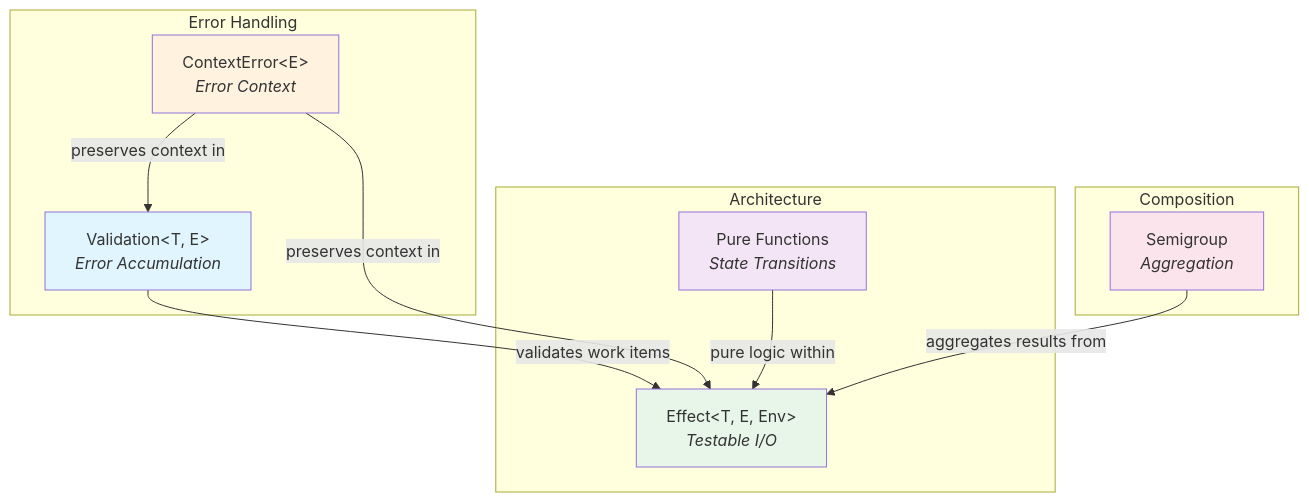
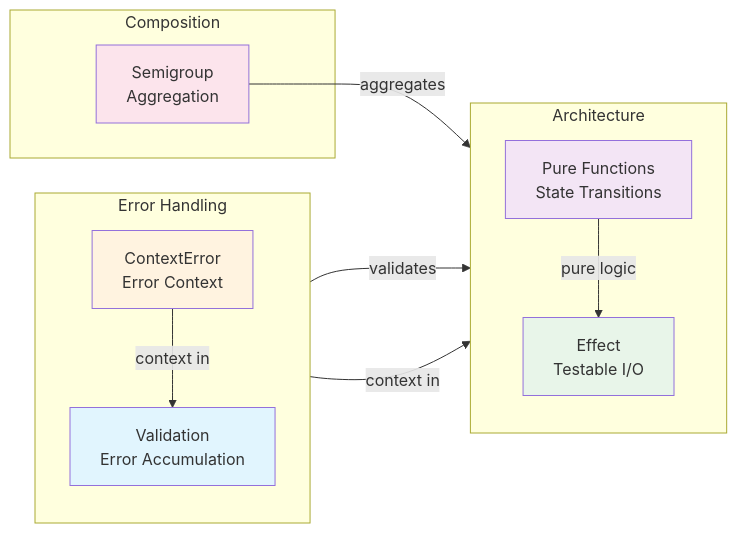
The diagram in docs/stillwater-patterns/index.md (iepathos/prodigy), drawn with Mermaid before and after one commit. The commit also changed other lines of this file, not shown here.

Commit message:
docs: enhance Stillwater Pattern Mapping index with visual improvements
- Fixed Mermaid diagram: replaced HTML entities with proper multi-line syntax
- Changed diagram layout from vertical (TB) to horizontal (LR) for better readability
- Added code annotations (1-9) to file structure explaining each file's purpose
- Annotations describe: Validation, Effect, worktree/commands/merge effects, mocks, ContextError, ResultExt, and Semigroup

Page: docs/stillwater-patterns/index.md

````diff
--- a/docs/stillwater-patterns/index.md
+++ b/docs/stillwater-patterns/index.md
@@ -18,28 +18,35 @@
 ```mermaid
-flowchart TB
-    subgraph "Error Handling"
-        V["Validation&lt;T, E&gt;<br/><em>Error Accumulation</em>"]
-        C["ContextError&lt;E&gt;<br/><em>Error Context</em>"]
+flowchart LR
+    subgraph Errors["Error Handling"]
+        direction TB
+        V["Validation
+        Error Accumulation"]
+        C["ContextError
+        Error Context"]
     end
 
-    subgraph "Architecture"
-        E["Effect&lt;T, E, Env&gt;<br/><em>Testable I/O</em>"]
-        P["Pure Functions<br/><em>State Transitions</em>"]
+    subgraph Arch["Architecture"]
+        direction TB
+        E["Effect
+        Testable I/O"]
+        P["Pure Functions
+        State Transitions"]
     end
 
-    subgraph "Composition"
-        S["Semigroup<br/><em>Aggregation</em>"]
+    subgraph Comp["Composition"]
+        S["Semigroup
+        Aggregation"]
     end
 
-    V -->|"validates work items"| E
-    C -->|"preserves context in"| V
-    C -->|"preserves context in"| E
-    P -->|"pure logic within"| E
-    S -->|"aggregates results from"| E
+    V -->|validates| E
+    C -->|context in| V
+    C -->|context in| E
+    P -->|pure logic| E
+    S -->|aggregates| E
 
     style V fill:#e1f5fe
     style C fill:#fff3e0
     style E fill:#e8f5e9
     style P fill:#f3e5f5
     style S fill:#fce4ec
 ```
````
